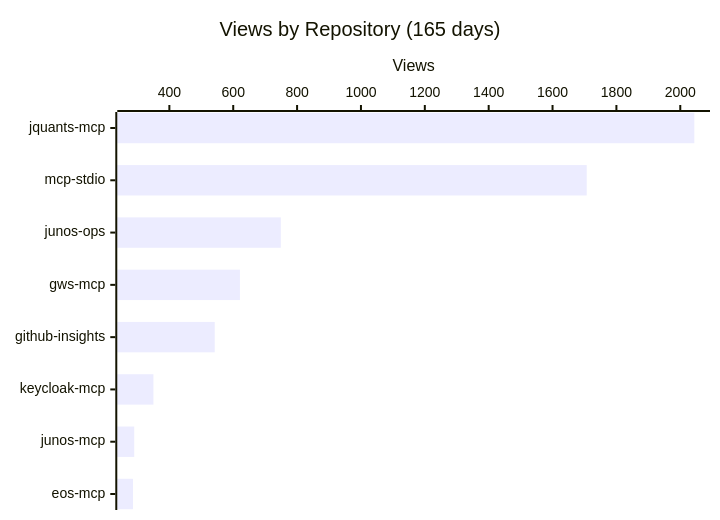
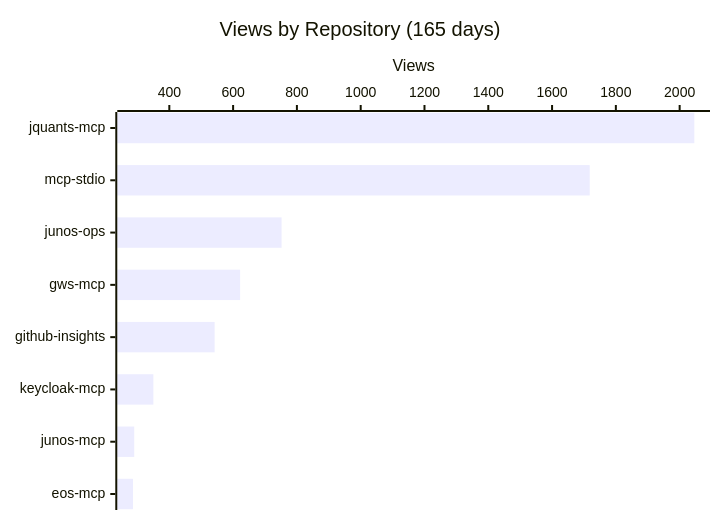
Before and after one commit to shigechika/github-insights: the first of 4 diagrams in README.md, drawn with Mermaid. The commit also changed other lines of this file and 2 other files, not shown here.

````diff
--- a/README.md
+++ b/README.md
@@ -18,7 +18,7 @@
 ```mermaid
 xychart-beta horizontal
     title "Views by Repository (165 days)"
     x-axis ["jquants-mcp", "mcp-stdio", "junos-ops", "gws-mcp", "github-insights", "keycloak-mcp", "junos-mcp", "eos-mcp"]
     y-axis "Views"
-    bar [2044, 1707, 749, 621, 542, 350, 290, 286]
+    bar [2046, 1718, 752, 622, 542, 350, 290, 286]
 ```
````
